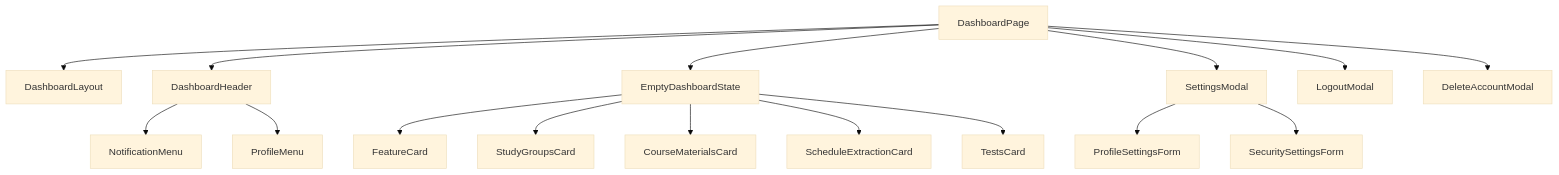
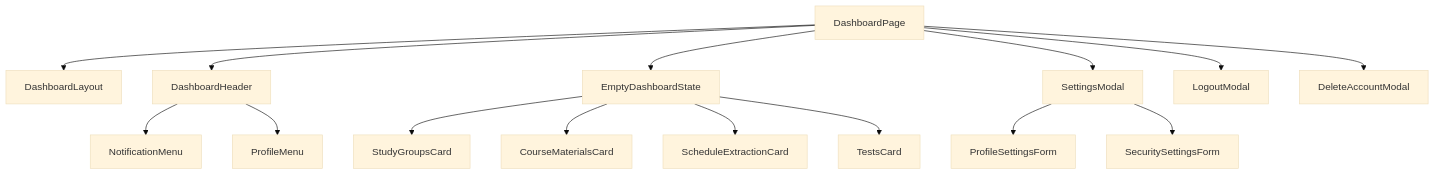
Before and after one commit to hoz2syr/svucomunity_V3: the diagram in untitled/src/docs/flows/dashboard-flow.md, drawn with Mermaid (base theme). The commit also changed other lines of this file and 622 other files, not shown here.

````diff
--- a/untitled/src/docs/flows/dashboard-flow.md
+++ b/untitled/src/docs/flows/dashboard-flow.md
@@ -5,20 +5,19 @@
 ```mermaid
 graph TD
    A[DashboardPage] --> B[DashboardLayout]
   A --> C[DashboardHeader]
   A --> D[EmptyDashboardState]
-  D --> D1[FeatureCard]
-  D --> D2[StudyGroupsCard]
-  D --> D3[CourseMaterialsCard]
-  D --> D4[ScheduleExtractionCard]
-  D --> D5[TestsCard]
+  D --> D1[StudyGroupsCard]
+  D --> D2[CourseMaterialsCard]
+  D --> D3[ScheduleExtractionCard]
+  D --> D4[TestsCard]
   A --> E[SettingsModal]
   A --> F[LogoutModal]
   A --> G[DeleteAccountModal]
 
   C --> H[NotificationMenu]
   C --> I[ProfileMenu]
 
   E --> J[ProfileSettingsForm]
   E --> K[SecuritySettingsForm]
 ```
````
